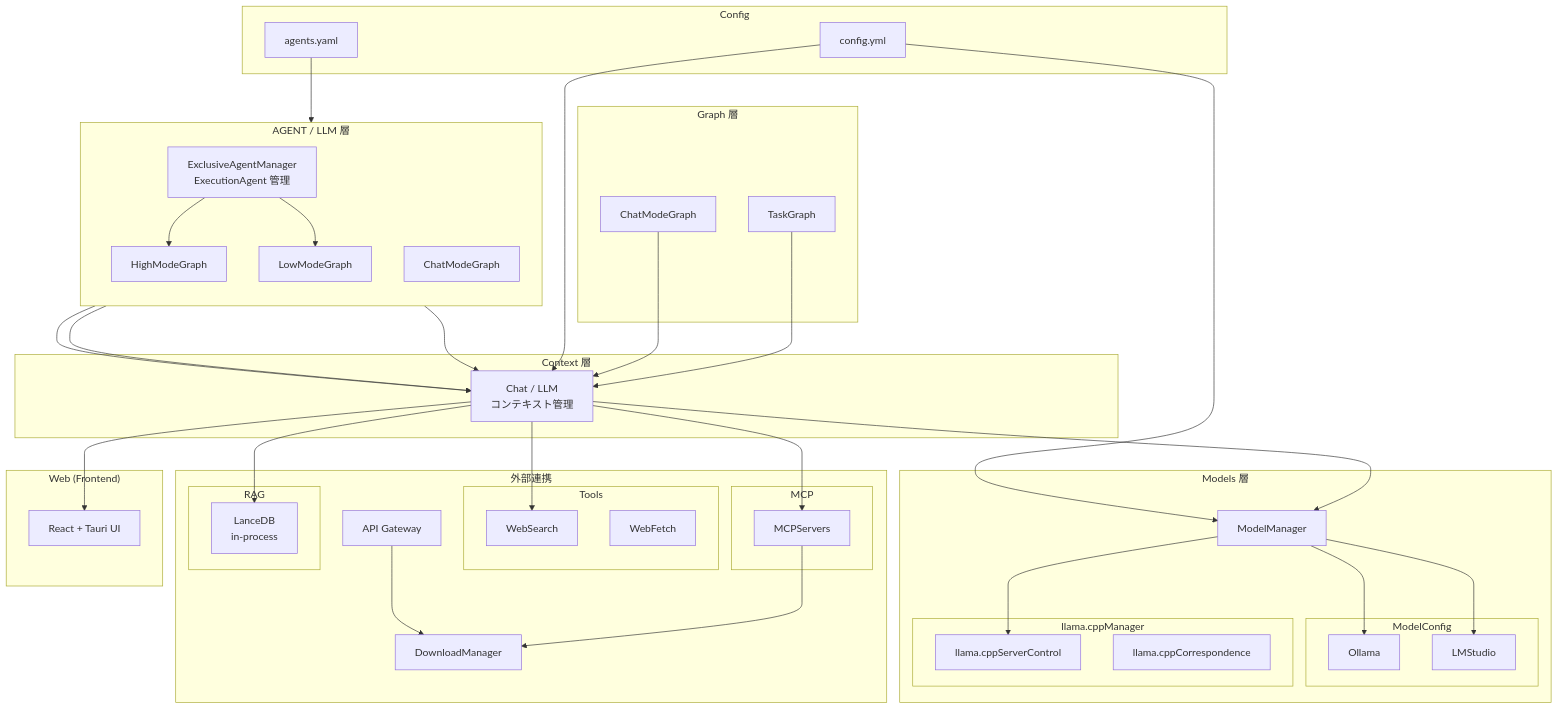
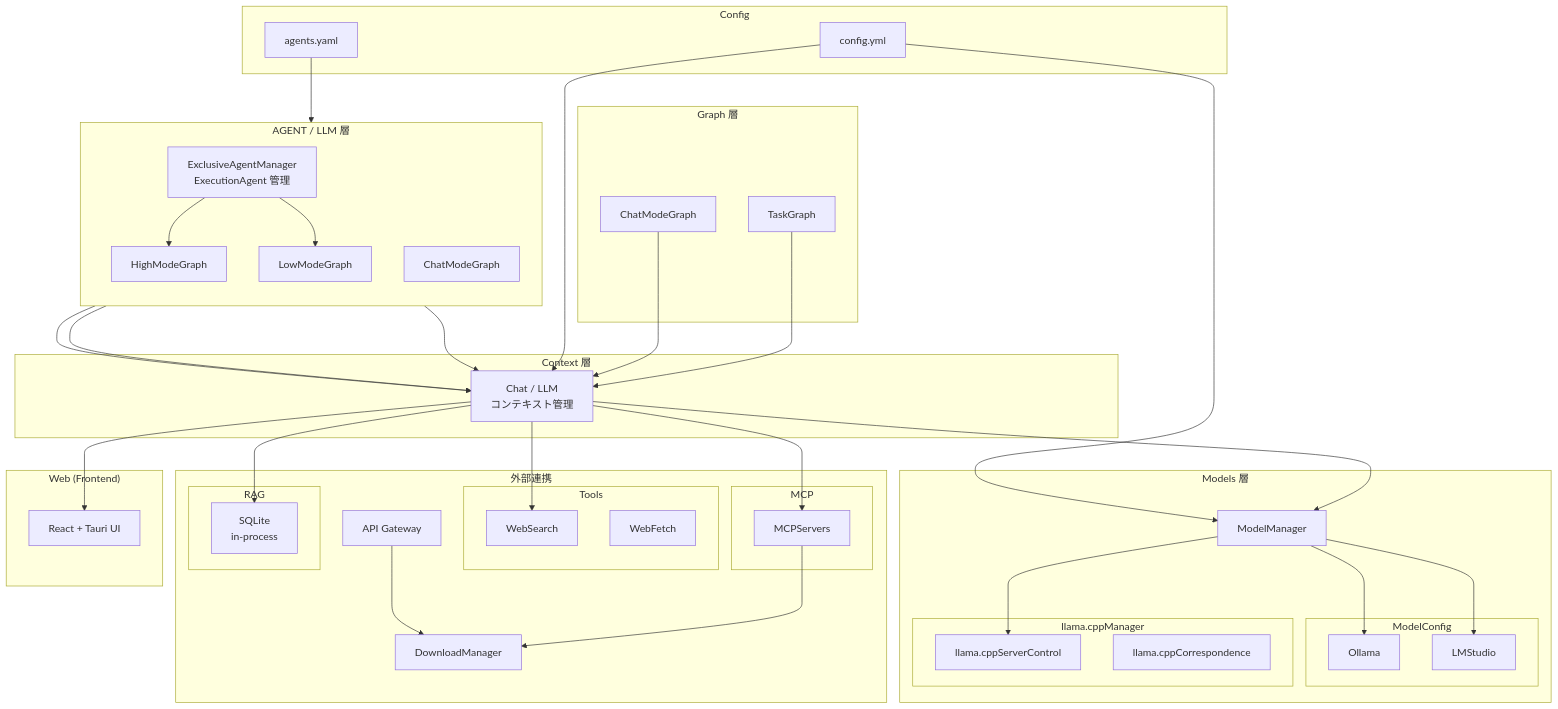
One commit to coco4atJP/Tepora-alpha changed the second of 11 diagrams in docs/architecture/UPGRADE_PROPOSAL_v4.md. Above: the diagram before and after it, drawn with Mermaid. The commit also changed other lines of this file and 77 other files, not shown here.

````diff
--- a/docs/architecture/UPGRADE_PROPOSAL_v4.md
+++ b/docs/architecture/UPGRADE_PROPOSAL_v4.md
@@ -62,82 +62,82 @@
 ```mermaid
 graph TD
     subgraph "AGENT / LLM 層"
         direction TB
         HMG[HighModeGraph]
         LMG[LowModeGraph]
         CMG[ChatModeGraph]
         EAM[ExclusiveAgentManager<br/>ExecutionAgent 管理]
     end
 
     subgraph "Graph 層"
         TG[TaskGraph]
         CMGraph[ChatModeGraph]
     end
 
     subgraph "Context 層"
         ChatLLM[Chat / LLM<br/>コンテキスト管理]
     end
 
     subgraph "外部連携"
         subgraph "Tools"
             WS[WebSearch]
             WF[WebFetch]
         end
         subgraph "MCP"
             MCPServers[MCPServers]
         end
         subgraph "RAG"
-            LDB[LanceDB<br/>in-process]
+            LDB[SQLite<br/>in-process]
         end
         API[API Gateway]
         DM[DownloadManager]
     end
 
     subgraph "Models 層"
         MM[ModelManager]
         subgraph "ModelConfig"
             Ollama[Ollama]
             LMStudio[LMStudio]
         end
         subgraph "llama.cppManager"
             LSC[llama.cppServerControl]
             LCC[llama.cppCorrespondence]
         end
     end
 
     subgraph "Web (Frontend)"
         WebUI[React + Tauri UI]
     end
 
     subgraph "Config"
         ConfigYml[config.yml]
         AgentsYaml[agents.yaml]
     end
 
     %% Connections
     HMG --> ChatLLM
     LMG --> ChatLLM
     CMG --> ChatLLM
     EAM --> HMG
     EAM --> LMG
 
     TG --> ChatLLM
     CMGraph --> ChatLLM
 
     ChatLLM --> WS
     ChatLLM --> MCPServers
     ChatLLM --> MM
     ChatLLM --> LDB
     ChatLLM --> WebUI
 
     MM --> Ollama
     MM --> LMStudio
     MM --> LSC
 
     MCPServers --> DM
     API --> DM
 
     ConfigYml --> ChatLLM
     ConfigYml --> MM
     AgentsYaml --> EAM
 ```
````
